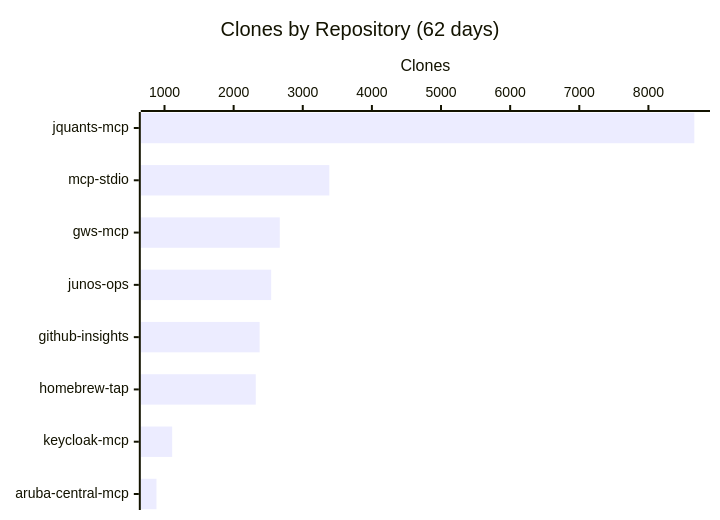
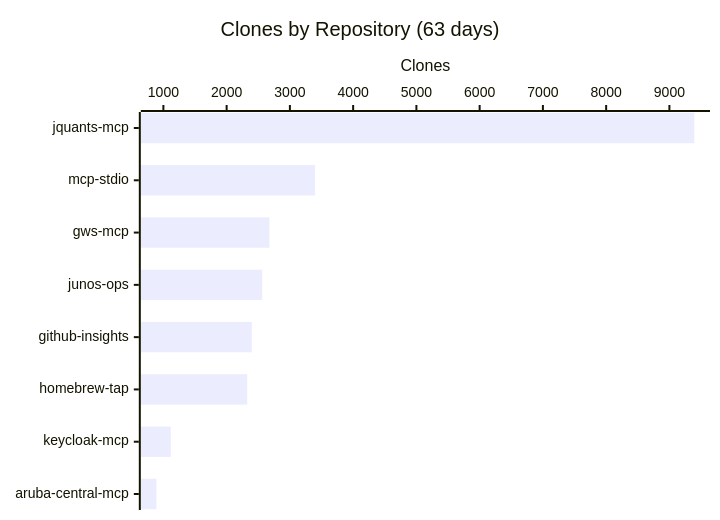
The third of 3 diagrams in README.md (shigechika/github-insights), drawn with Mermaid before and after one commit. The commit also changed other lines of this file and 2 other files, not shown here.

````diff
--- a/README.md
+++ b/README.md
@@ -38,7 +38,7 @@
 ```mermaid
 xychart-beta horizontal
-    title "Clones by Repository (62 days)"
+    title "Clones by Repository (63 days)"
     x-axis ["jquants-mcp", "mcp-stdio", "gws-mcp", "junos-ops", "github-insights", "homebrew-tap", "keycloak-mcp", "aruba-central-mcp"]
     y-axis "Clones"
-    bar [8664, 3384, 2667, 2543, 2376, 2320, 1111, 884]
+    bar [9394, 3397, 2676, 2562, 2398, 2325, 1117, 891]
 ```
````
